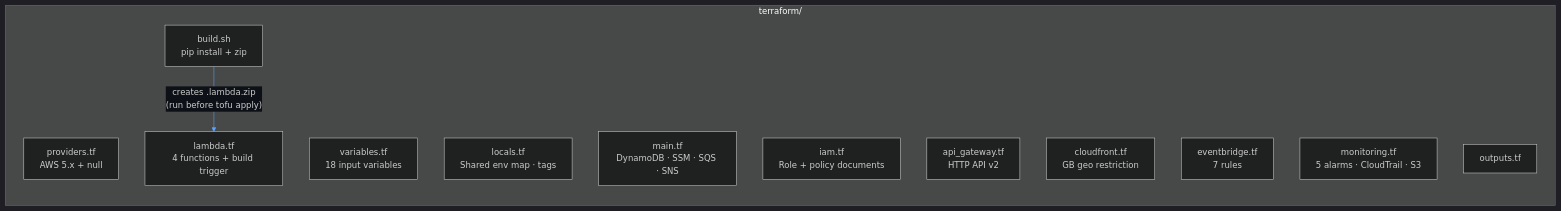
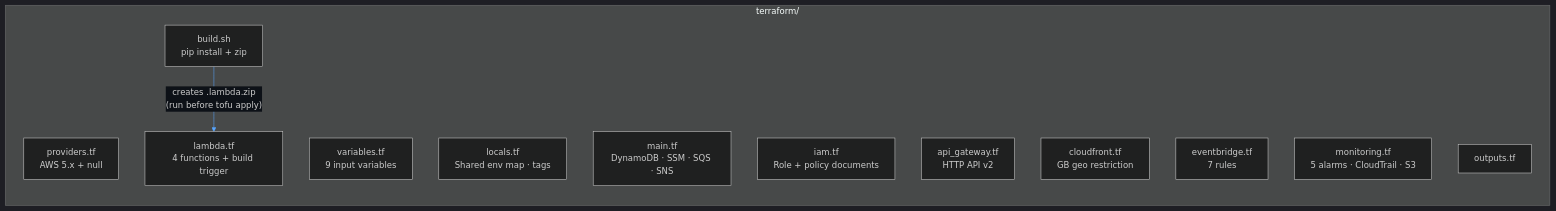
Before and after one commit to baldrickuk/washingmachine-notifications: diagram 12 of 12 in docs/architecture.md, drawn with Mermaid. The commit also changed other lines of this file and 13 other files, not shown here.

````diff
--- a/docs/architecture.md
+++ b/docs/architecture.md
@@ -519,21 +517,21 @@
 ```mermaid
 %%{init: {'theme': 'dark', 'themeVariables': {'primaryColor': '#1e3a5f', 'primaryTextColor': '#c9d1d9', 'primaryBorderColor': '#4a7ab5', 'lineColor': '#58a6ff', 'edgeLabelBackground': '#0d1117'}}}%%
 
 flowchart LR
     subgraph tf ["terraform/"]
         P["providers.tf\nAWS 5.x + null"]
-        V["variables.tf\n18 input variables"]
+        V["variables.tf\n9 input variables"]
         L["locals.tf\nShared env map · tags"]
         M["main.tf\nDynamoDB · SSM · SQS · SNS"]
         I["iam.tf\nRole + policy documents"]
         LM["lambda.tf\n4 functions + build trigger"]
         A["api_gateway.tf\nHTTP API v2"]
         C["cloudfront.tf\nGB geo restriction"]
         E["eventbridge.tf\n7 rules"]
         MO["monitoring.tf\n5 alarms · CloudTrail · S3"]
         O["outputs.tf"]
         B["build.sh\npip install + zip"]
     end
 
     B -->|"creates .lambda.zip\n(run before tofu apply)"| LM
 ```
````
